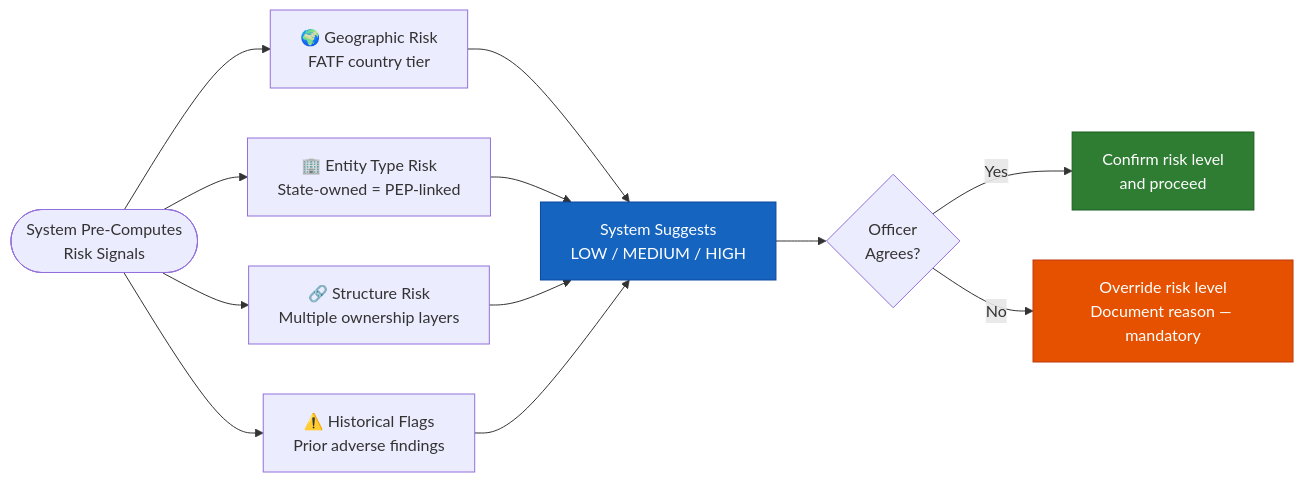
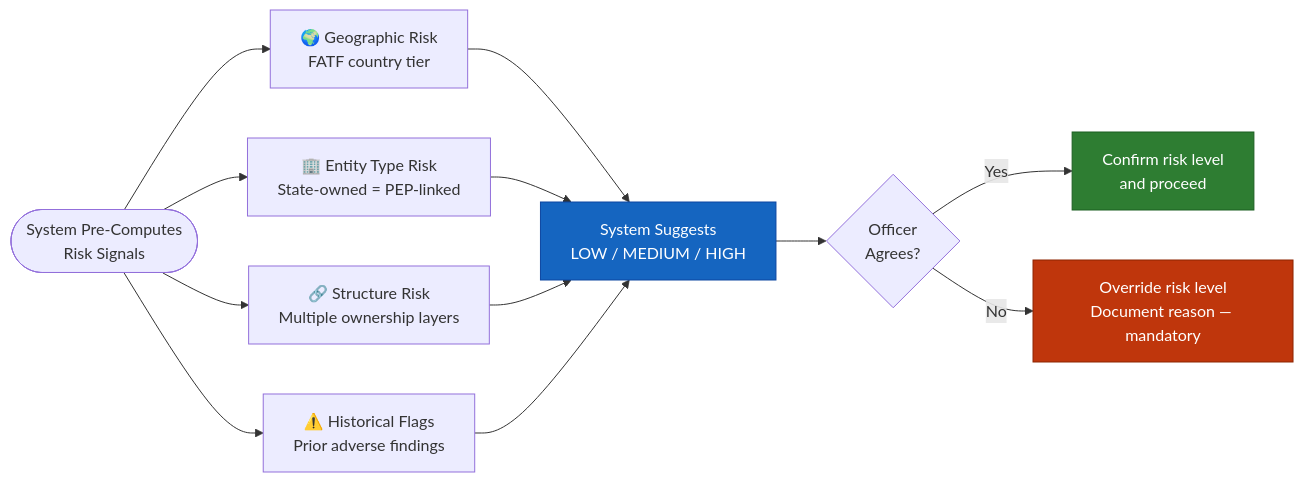
The third of 4 diagrams in docs/V3_BUS_BestPractice.md (mazharr-hussain/KycReport), drawn with Mermaid before and after one commit. The commit also changed other lines of this file and 7 other files, not shown here.

First line of the commit message:
Fix low-contrast diagram colours — replace amber with dark slate

````diff
--- a/docs/V3_BUS_BestPractice.md
+++ b/docs/V3_BUS_BestPractice.md
@@ -99,15 +99,15 @@
 ```mermaid
 flowchart LR
     SYS([System Pre-Computes\nRisk Signals]) --> G[🌍 Geographic Risk\nFATF country tier]
     SYS --> E[🏢 Entity Type Risk\nState-owned = PEP-linked]
     SYS --> S[🔗 Structure Risk\nMultiple ownership layers]
     SYS --> H[⚠️ Historical Flags\nPrior adverse findings]
     G & E & S & H --> SUGGEST[System Suggests\nLOW / MEDIUM / HIGH]
     SUGGEST --> OFFICER{Officer\nAgrees?}
     OFFICER -->|Yes| CONFIRM[Confirm risk level\nand proceed]
     OFFICER -->|No| OVERRIDE[Override risk level\nDocument reason — mandatory]
 
     style SUGGEST fill:#1565C0,color:#fff,stroke:#0D47A1
-    style OVERRIDE fill:#E65100,color:#fff,stroke:#BF360C
+    style OVERRIDE fill:#BF360C,color:#fff,stroke:#8D2400
     style CONFIRM fill:#2E7D32,color:#fff,stroke:#1B5E20
 ```
````
